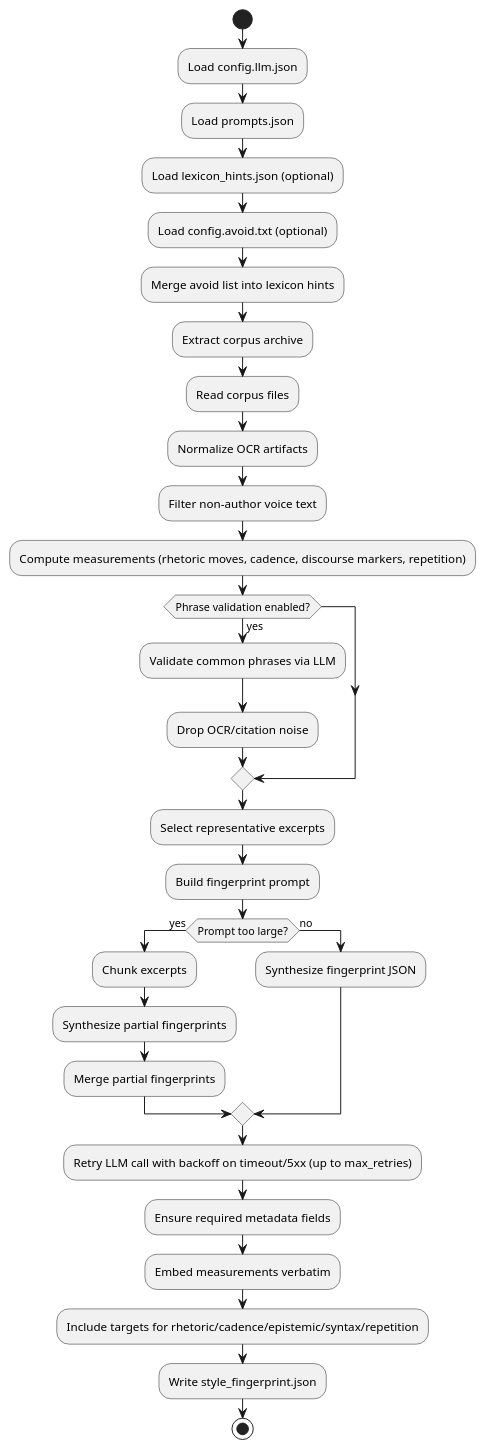
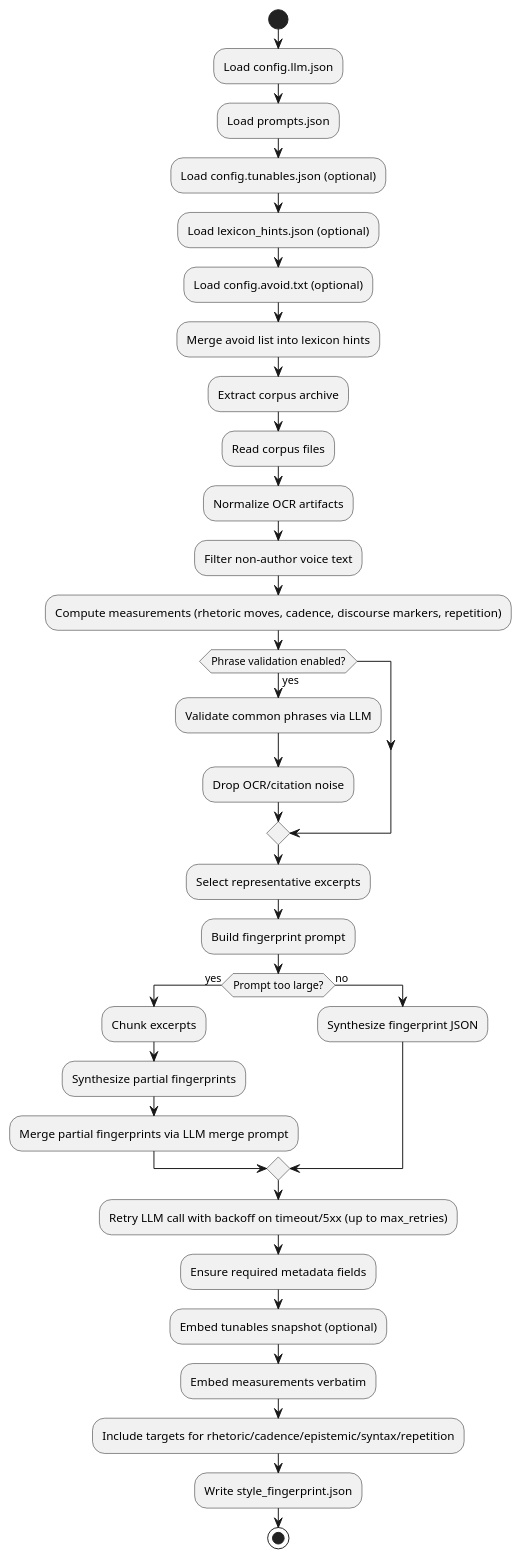
The second of 3 diagrams in UML-Fingerprint.md (ngpepin/stylometric-transfer), drawn with PlantUML before and after one commit. The commit also changed other lines of this file and 7 other files, not shown here.

````diff
--- a/UML-Fingerprint.md
+++ b/UML-Fingerprint.md
@@ -78,40 +80,42 @@
 ```plantuml
 @startuml
 start
 :Load config.llm.json;
 :Load prompts.json;
+:Load config.tunables.json (optional);
 :Load lexicon_hints.json (optional);
 :Load config.avoid.txt (optional);
 :Merge avoid list into lexicon hints;
 
 :Extract corpus archive;
 :Read corpus files;
 :Normalize OCR artifacts;
 :Filter non-author voice text;
 :Compute measurements (rhetoric moves, cadence, discourse markers, repetition);
 
 if (Phrase validation enabled?) then (yes)
   :Validate common phrases via LLM;
   :Drop OCR/citation noise;
 endif
 
 :Select representative excerpts;
 :Build fingerprint prompt;
 
 if (Prompt too large?) then (yes)
   :Chunk excerpts;
   :Synthesize partial fingerprints;
-  :Merge partial fingerprints;
+  :Merge partial fingerprints via LLM merge prompt;
 else (no)
   :Synthesize fingerprint JSON;
 endif
 
 :Retry LLM call with backoff on timeout/5xx (up to max_retries);
 
 :Ensure required metadata fields;
+:Embed tunables snapshot (optional);
 :Embed measurements verbatim;
 :Include targets for rhetoric/cadence/epistemic/syntax/repetition;
 :Write style_fingerprint.json;
 stop
 @enduml
 ```
````
